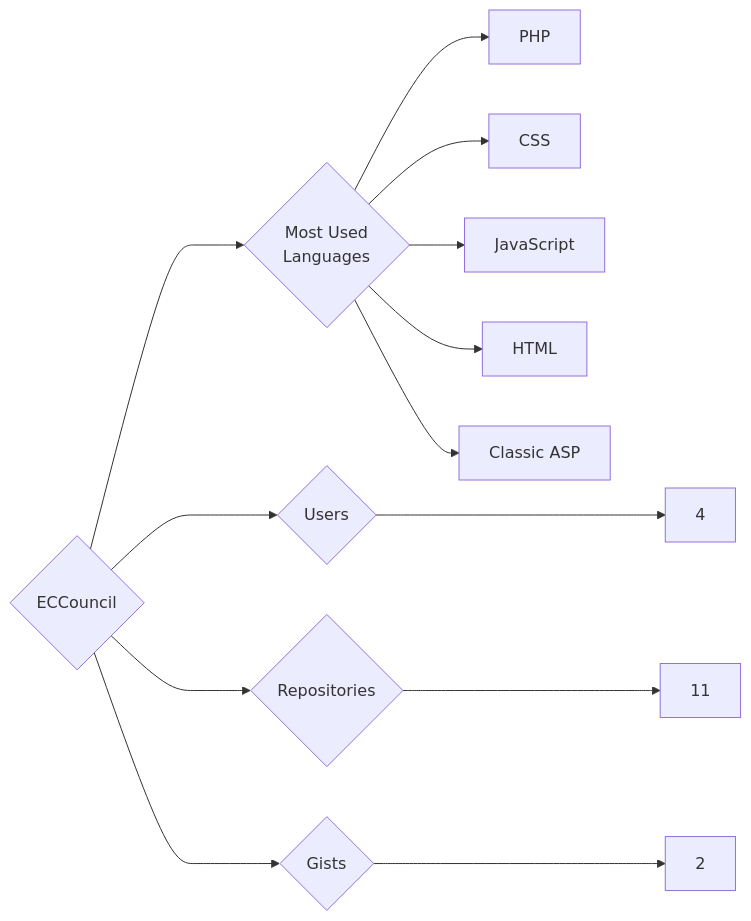
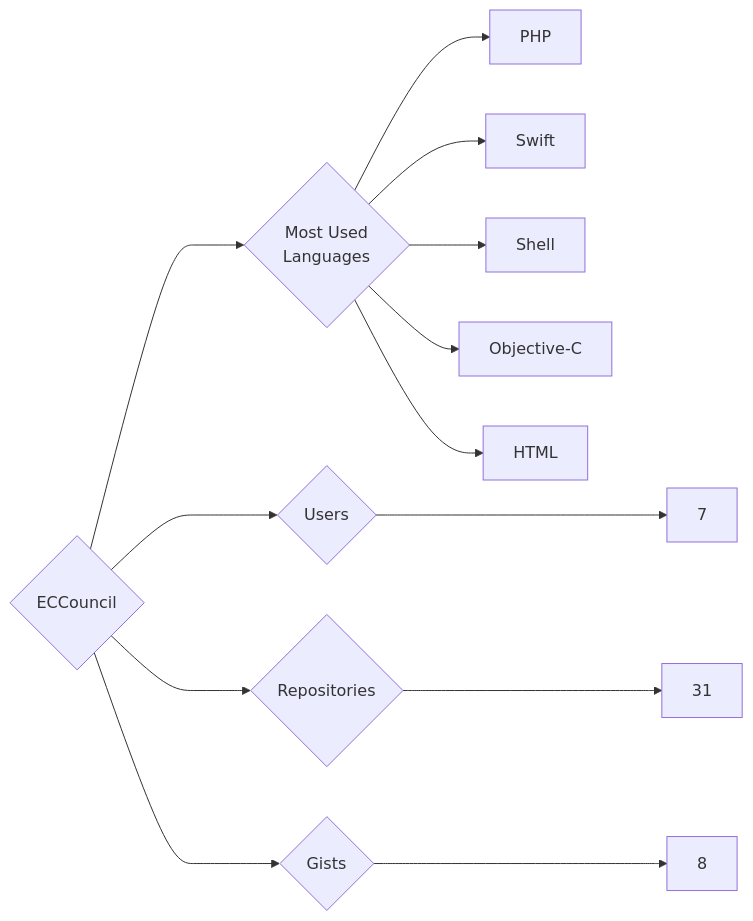
The diagram in targets/ECCouncil/README.md (trickest/insiders), drawn with Mermaid before and after one commit. The commit also changed 985 other files, not shown here.

````diff
--- a/targets/ECCouncil/README.md
+++ b/targets/ECCouncil/README.md
@@ -3,13 +3,13 @@
 ```mermaid
 graph LR
 COMPANY_NAME{ECCouncil}
-COMPANY_NAME ---> U{Users} ---> UN[4]
-COMPANY_NAME ---> R{Repositories} ---> RN[11]
-COMPANY_NAME ---> G{Gists} ---> GN[2]
+COMPANY_NAME ---> U{Users} ---> UN[7]
+COMPANY_NAME ---> R{Repositories} ---> RN[31]
+COMPANY_NAME ---> G{Gists} ---> GN[8]
 COMPANY_NAME ---> ML{Most Used<br>Languages}
 ML --> PHP[PHP]
-ML --> CSS[CSS]
-ML --> JavaScript[JavaScript]
+ML --> Swift[Swift]
+ML --> Shell[Shell]
+ML --> Objective-C[Objective-C]
 ML --> HTML[HTML]
-ML --> Classic_ASP[Classic ASP]
 ```
````
